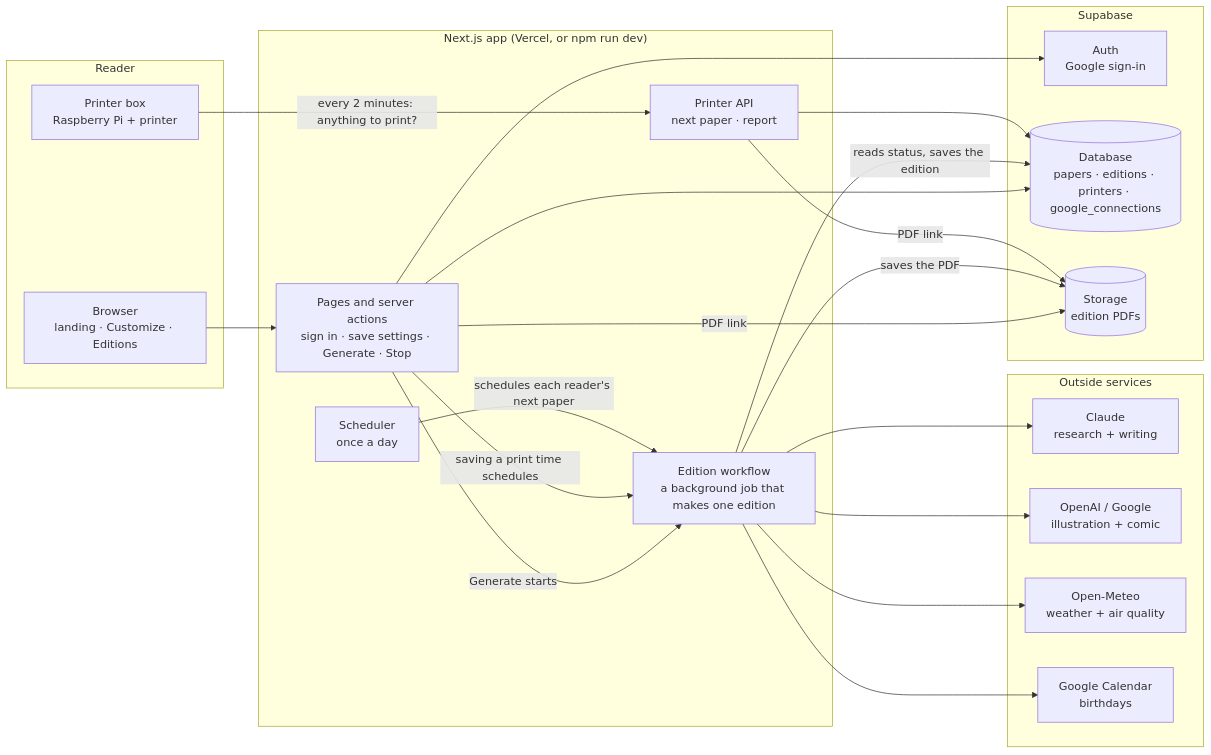
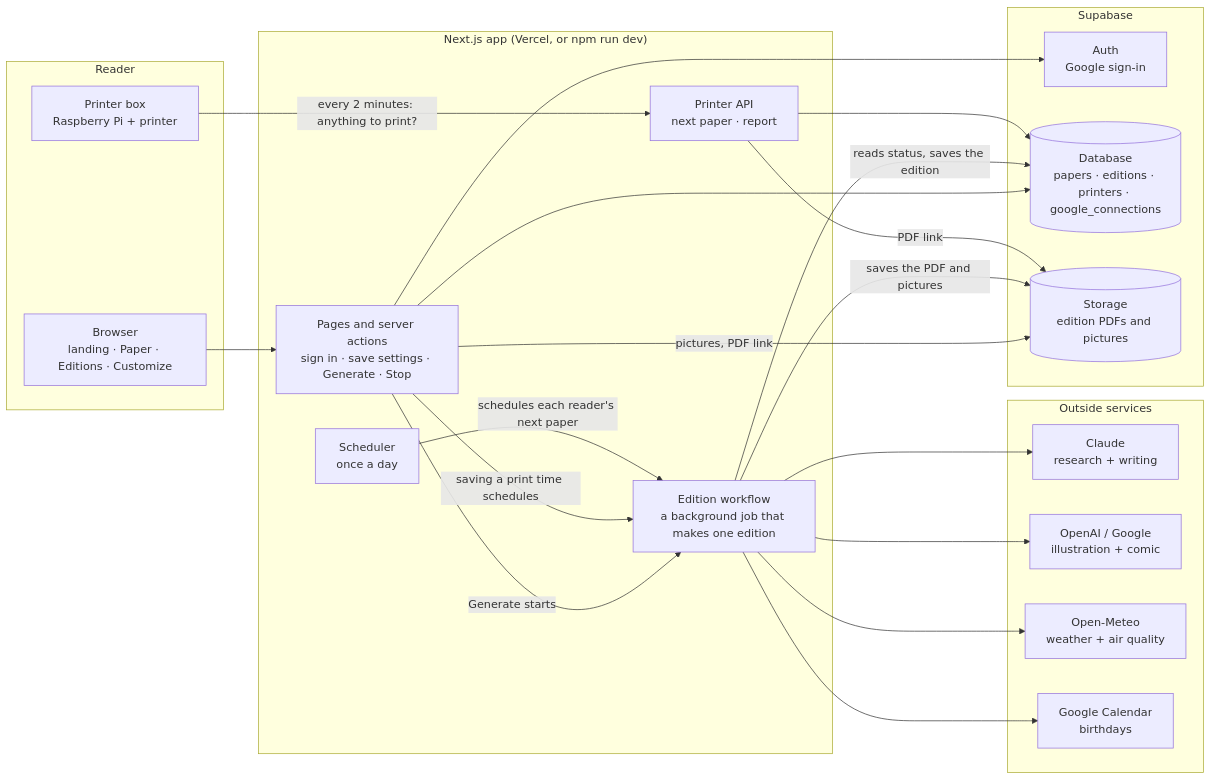
Before and after one commit to chieri518/daily-print: the first of 3 diagrams in docs/ARCHITECTURE.md, drawn with Mermaid. The commit also changed other lines of this file and 23 other files, not shown here.

First line of the commit message:
Paper page: the edition as a web page, with page turning

````diff
--- a/docs/ARCHITECTURE.md
+++ b/docs/ARCHITECTURE.md
@@ -7,41 +7,41 @@
 ```mermaid
 flowchart LR
   subgraph You["Reader"]
-    BROWSER["Browser<br/>landing · Customize · Editions"]
+    BROWSER["Browser<br/>landing · Paper · Editions · Customize"]
     BOX["Printer box<br/>Raspberry Pi + printer"]
   end
 
   subgraph App["Next.js app (Vercel, or npm run dev)"]
     PAGES["Pages and server actions<br/>sign in · save settings · Generate · Stop"]
     CRON["Scheduler<br/>once a day"]
     PAPI["Printer API<br/>next paper · report"]
     WF["Edition workflow<br/>a background job that makes one edition"]
   end
 
   subgraph Supabase
     AUTH["Auth<br/>Google sign-in"]
     DB[("Database<br/>papers · editions · printers · google_connections")]
-    FILES[("Storage<br/>edition PDFs")]
+    FILES[("Storage<br/>edition PDFs and pictures")]
   end
 
   subgraph Outside["Outside services"]
     CLAUDE["Claude<br/>research + writing"]
     IMG["OpenAI / Google<br/>illustration + comic"]
     METEO["Open-Meteo<br/>weather + air quality"]
     GCAL["Google Calendar<br/>birthdays"]
   end
 
   BROWSER --> PAGES
   PAGES --> AUTH
   PAGES --> DB
   PAGES -- "Generate starts" --> WF
   PAGES -- "saving a print time schedules" --> WF
   CRON -- "schedules each reader's next paper" --> WF
-  PAGES -- "PDF link" --> FILES
+  PAGES -- "pictures, PDF link" --> FILES
   WF -- "reads status, saves the edition" --> DB
-  WF -- "saves the PDF" --> FILES
+  WF -- "saves the PDF and pictures" --> FILES
   WF --> CLAUDE & IMG & METEO & GCAL
   BOX -- "every 2 minutes: anything to print?" --> PAPI
   PAPI --> DB
   PAPI -- "PDF link" --> FILES
 ```
````
